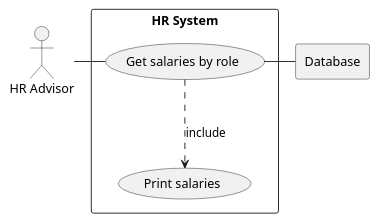
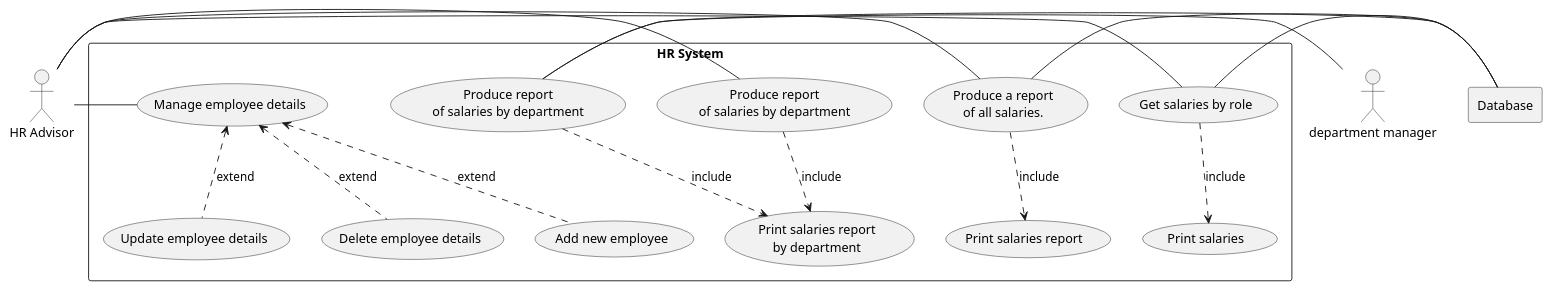
One commit to caster082/sem changed the diagram in use-cases/HR.puml. Above: the diagram before and after it, drawn with PlantUML. The commit also changed other lines of this file, not shown here.

Commit message:
Complete UseCase File added

```diff
--- a/use-cases/HR.puml
+++ b/use-cases/HR.puml
@@ -1,17 +1,54 @@
 @startuml
 
 actor HR as "HR Advisor"
+actor DM as "department manager"
 
 rectangle Database
 
 rectangle "HR System" {
     usecase UC4 as "Get salaries by role"
 
-    usecase UCa as "Print salaries"
+    usecase UC5 as "Produce a report
+    of all salaries."
+
+    usecase UC6 as "Produce report
+    of salaries by department"
+
+    usecase UC7 as "Produce report
+    of salaries by department"
+
+
+    usecase UC8 as "Add new employee"
+    usecase UC9 as "Update employee details"
+    usecase UC10 as "Delete employee details"
+    usecase UC11 as "Manage employee details"
+
+    usecase UCa as "Print salaries "
+    usecase UCc as "Print salaries report "
+    usecase UCb as "Print salaries report
+    by department"
+
 
     HR - UC4
+    HR - UC5
+    HR - UC6
+    HR - UC11
+    DM - UC7
+
     UC4 ..> UCa : include
+    UC6 ..> UCb : include
+    UC7 ..> UCb : include
+    UC5 ..> UCc : include
+
+    UC11 <.. UC8 : extend
+    UC11 <.. UC9 : extend
+    UC11 <.. UC10 : extend
+
     UC4 - Database
+    UC5 - Database
+    UC7 - Database
+
+
 }
 
 @enduml
```
